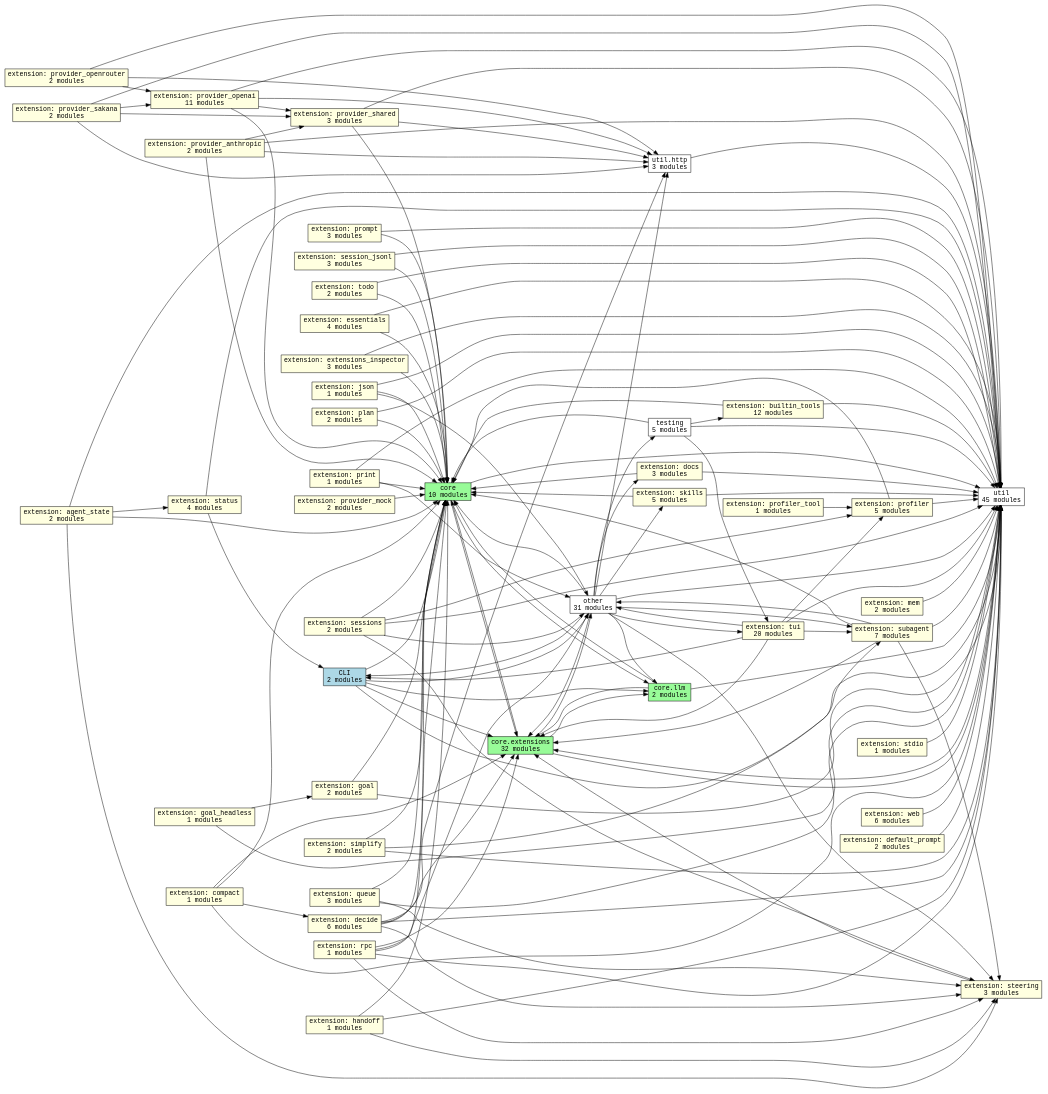
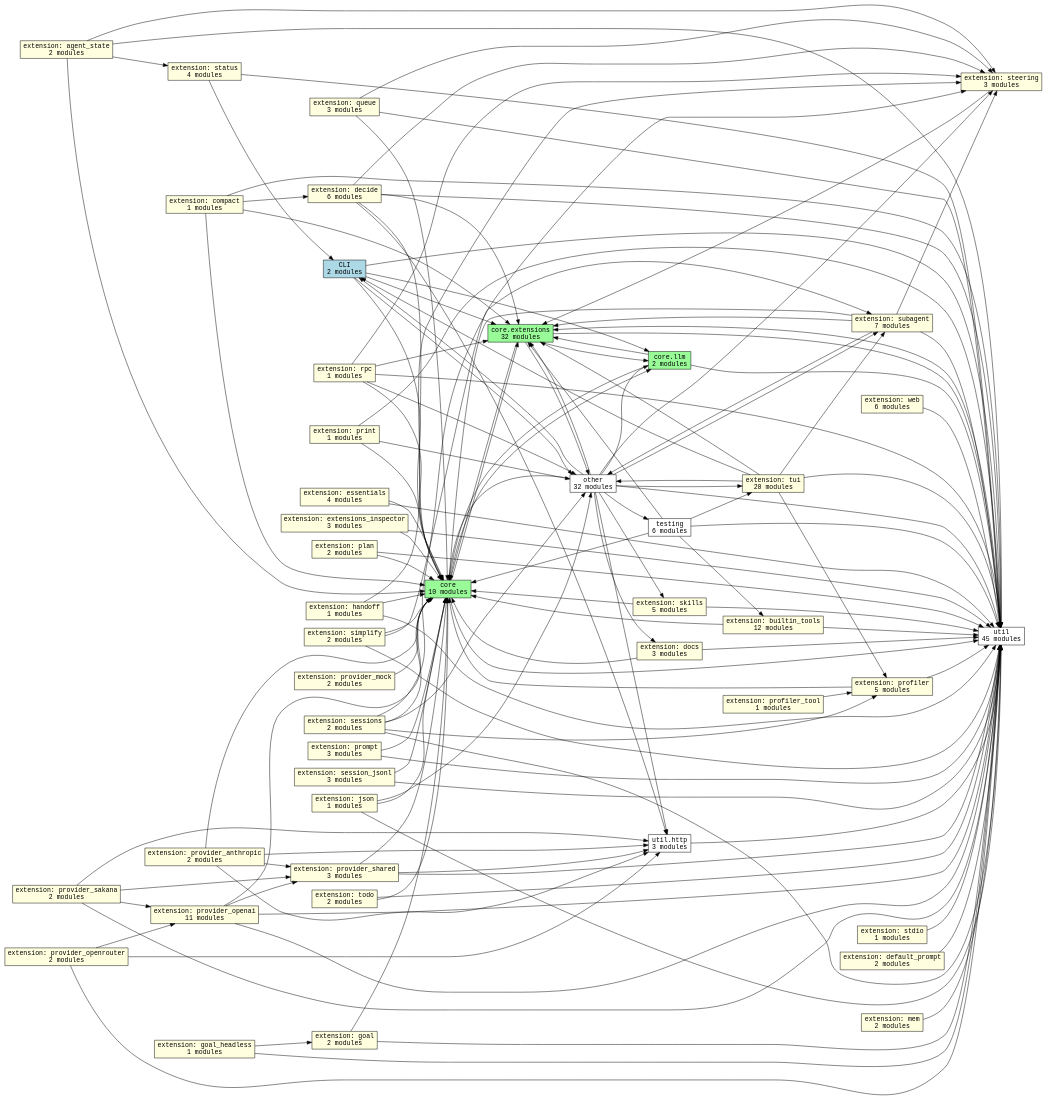
One commit to acmiyaguchi/fen changed the diagram in docs/graphs/subsystems.dot. Above: the diagram before and after it, drawn with Graphviz. The commit also changed 9 other files, not shown here.

```diff
--- a/docs/graphs/subsystems.dot
+++ b/docs/graphs/subsystems.dot
@@ -1,183 +1,184 @@
 digraph fen_subsystems {
   graph [rankdir=LR];
   node [shape=box, fontname="monospace"];
   edge [fontname="monospace"];
   "cli" [fillcolor="lightblue", label="CLI\n2 modules", style="filled"];
   "core" [fillcolor="palegreen", label="core\n10 modules", style="filled"];
   "core.extensions" [fillcolor="palegreen", label="core.extensions\n32 modules", style="filled"];
   "core.llm" [fillcolor="palegreen", label="core.llm\n2 modules", style="filled"];
   "extension.agent_state" [fillcolor="lightyellow", label="extension: agent_state\n2 modules", style="filled"];
   "extension.builtin_tools" [fillcolor="lightyellow", label="extension: builtin_tools\n12 modules", style="filled"];
   "extension.compact" [fillcolor="lightyellow", label="extension: compact\n1 modules", style="filled"];
   "extension.decide" [fillcolor="lightyellow", label="extension: decide\n6 modules", style="filled"];
   "extension.default_prompt" [fillcolor="lightyellow", label="extension: default_prompt\n2 modules", style="filled"];
   "extension.docs" [fillcolor="lightyellow", label="extension: docs\n3 modules", style="filled"];
   "extension.essentials" [fillcolor="lightyellow", label="extension: essentials\n4 modules", style="filled"];
   "extension.extensions_inspector" [fillcolor="lightyellow", label="extension: extensions_inspector\n3 modules", style="filled"];
   "extension.goal" [fillcolor="lightyellow", label="extension: goal\n2 modules", style="filled"];
   "extension.goal_headless" [fillcolor="lightyellow", label="extension: goal_headless\n1 modules", style="filled"];
   "extension.handoff" [fillcolor="lightyellow", label="extension: handoff\n1 modules", style="filled"];
   "extension.json" [fillcolor="lightyellow", label="extension: json\n1 modules", style="filled"];
   "extension.mem" [fillcolor="lightyellow", label="extension: mem\n2 modules", style="filled"];
   "extension.plan" [fillcolor="lightyellow", label="extension: plan\n2 modules", style="filled"];
   "extension.print" [fillcolor="lightyellow", label="extension: print\n1 modules", style="filled"];
   "extension.profiler" [fillcolor="lightyellow", label="extension: profiler\n5 modules", style="filled"];
   "extension.profiler_tool" [fillcolor="lightyellow", label="extension: profiler_tool\n1 modules", style="filled"];
   "extension.prompt" [fillcolor="lightyellow", label="extension: prompt\n3 modules", style="filled"];
   "extension.provider_anthropic" [fillcolor="lightyellow", label="extension: provider_anthropic\n2 modules", style="filled"];
   "extension.provider_mock" [fillcolor="lightyellow", label="extension: provider_mock\n2 modules", style="filled"];
   "extension.provider_openai" [fillcolor="lightyellow", label="extension: provider_openai\n11 modules", style="filled"];
   "extension.provider_openrouter" [fillcolor="lightyellow", label="extension: provider_openrouter\n2 modules", style="filled"];
   "extension.provider_sakana" [fillcolor="lightyellow", label="extension: provider_sakana\n2 modules", style="filled"];
   "extension.provider_shared" [fillcolor="lightyellow", label="extension: provider_shared\n3 modules", style="filled"];
   "extension.queue" [fillcolor="lightyellow", label="extension: queue\n3 modules", style="filled"];
   "extension.rpc" [fillcolor="lightyellow", label="extension: rpc\n1 modules", style="filled"];
   "extension.session_jsonl" [fillcolor="lightyellow", label="extension: session_jsonl\n3 modules", style="filled"];
   "extension.sessions" [fillcolor="lightyellow", label="extension: sessions\n2 modules", style="filled"];
   "extension.simplify" [fillcolor="lightyellow", label="extension: simplify\n2 modules", style="filled"];
   "extension.skills" [fillcolor="lightyellow", label="extension: skills\n5 modules", style="filled"];
   "extension.status" [fillcolor="lightyellow", label="extension: status\n4 modules", style="filled"];
   "extension.stdio" [fillcolor="lightyellow", label="extension: stdio\n1 modules", style="filled"];
   "extension.steering" [fillcolor="lightyellow", label="extension: steering\n3 modules", style="filled"];
   "extension.subagent" [fillcolor="lightyellow", label="extension: subagent\n7 modules", style="filled"];
   "extension.todo" [fillcolor="lightyellow", label="extension: todo\n2 modules", style="filled"];
   "extension.tui" [fillcolor="lightyellow", label="extension: tui\n20 modules", style="filled"];
   "extension.web" [fillcolor="lightyellow", label="extension: web\n6 modules", style="filled"];
-  "other" [fillcolor="white", label="other\n31 modules", style="filled"];
-  "testing" [fillcolor="white", label="testing\n5 modules", style="filled"];
+  "other" [fillcolor="white", label="other\n32 modules", style="filled"];
+  "testing" [fillcolor="white", label="testing\n6 modules", style="filled"];
   "util" [fillcolor="white", label="util\n45 modules", style="filled"];
   "util.http" [fillcolor="white", label="util.http\n3 modules", style="filled"];
   "cli" -> "core";
   "cli" -> "core.extensions";
   "cli" -> "core.llm";
   "cli" -> "other";
   "cli" -> "util";
   "core" -> "core.extensions";
   "core" -> "core.llm";
   "core" -> "util";
   "core.extensions" -> "core";
   "core.extensions" -> "core.llm";
   "core.extensions" -> "other";
   "core.extensions" -> "util";
   "core.llm" -> "core";
   "core.llm" -> "core.extensions";
   "core.llm" -> "util";
   "extension.agent_state" -> "core";
   "extension.agent_state" -> "extension.status";
   "extension.agent_state" -> "extension.steering";
   "extension.agent_state" -> "util";
   "extension.builtin_tools" -> "core";
   "extension.builtin_tools" -> "util";
   "extension.compact" -> "core";
   "extension.compact" -> "core.extensions";
   "extension.compact" -> "extension.decide";
   "extension.compact" -> "util";
   "extension.decide" -> "core";
   "extension.decide" -> "core.extensions";
   "extension.decide" -> "extension.steering";
   "extension.decide" -> "util";
   "extension.decide" -> "util.http";
   "extension.default_prompt" -> "util";
   "extension.docs" -> "core";
   "extension.docs" -> "util";
   "extension.essentials" -> "core";
   "extension.essentials" -> "util";
   "extension.extensions_inspector" -> "core";
   "extension.extensions_inspector" -> "util";
   "extension.goal" -> "core";
   "extension.goal" -> "util";
   "extension.goal_headless" -> "extension.goal";
   "extension.goal_headless" -> "util";
   "extension.handoff" -> "core";
   "extension.handoff" -> "extension.steering";
   "extension.handoff" -> "util";
   "extension.json" -> "core";
   "extension.json" -> "other";
   "extension.json" -> "util";
   "extension.mem" -> "util";
   "extension.plan" -> "core";
   "extension.plan" -> "util";
   "extension.print" -> "core";
   "extension.print" -> "other";
   "extension.print" -> "util";
   "extension.profiler" -> "core";
   "extension.profiler" -> "util";
   "extension.profiler_tool" -> "extension.profiler";
   "extension.prompt" -> "core";
   "extension.prompt" -> "util";
   "extension.provider_anthropic" -> "core";
   "extension.provider_anthropic" -> "extension.provider_shared";
   "extension.provider_anthropic" -> "util";
   "extension.provider_anthropic" -> "util.http";
   "extension.provider_mock" -> "core";
   "extension.provider_openai" -> "core";
   "extension.provider_openai" -> "extension.provider_shared";
   "extension.provider_openai" -> "util";
   "extension.provider_openai" -> "util.http";
   "extension.provider_openrouter" -> "extension.provider_openai";
   "extension.provider_openrouter" -> "util";
   "extension.provider_openrouter" -> "util.http";
   "extension.provider_sakana" -> "extension.provider_openai";
   "extension.provider_sakana" -> "extension.provider_shared";
   "extension.provider_sakana" -> "util";
   "extension.provider_sakana" -> "util.http";
   "extension.provider_shared" -> "core";
   "extension.provider_shared" -> "util";
   "extension.provider_shared" -> "util.http";
   "extension.queue" -> "core";
   "extension.queue" -> "extension.steering";
   "extension.queue" -> "util";
   "extension.rpc" -> "core";
   "extension.rpc" -> "core.extensions";
   "extension.rpc" -> "extension.steering";
   "extension.rpc" -> "other";
   "extension.rpc" -> "util";
   "extension.session_jsonl" -> "core";
   "extension.session_jsonl" -> "util";
   "extension.sessions" -> "core";
   "extension.sessions" -> "extension.profiler";
   "extension.sessions" -> "extension.steering";
   "extension.sessions" -> "other";
   "extension.sessions" -> "util";
   "extension.simplify" -> "core";
   "extension.simplify" -> "extension.subagent";
   "extension.simplify" -> "util";
   "extension.skills" -> "core";
   "extension.skills" -> "util";
   "extension.status" -> "cli";
   "extension.status" -> "util";
   "extension.stdio" -> "util";
   "extension.steering" -> "core.extensions";
   "extension.subagent" -> "core";
   "extension.subagent" -> "core.extensions";
   "extension.subagent" -> "extension.steering";
   "extension.subagent" -> "other";
   "extension.subagent" -> "util";
   "extension.todo" -> "core";
   "extension.todo" -> "util";
   "extension.tui" -> "cli";
   "extension.tui" -> "core.extensions";
   "extension.tui" -> "extension.profiler";
   "extension.tui" -> "extension.subagent";
   "extension.tui" -> "other";
   "extension.tui" -> "util";
   "extension.web" -> "util";
   "other" -> "cli";
   "other" -> "core";
   "other" -> "core.extensions";
   "other" -> "core.llm";
   "other" -> "extension.docs";
   "other" -> "extension.skills";
   "other" -> "extension.steering";
   "other" -> "extension.subagent";
   "other" -> "extension.tui";
   "other" -> "testing";
   "other" -> "util";
   "other" -> "util.http";
   "testing" -> "core";
+  "testing" -> "core.extensions";
   "testing" -> "extension.builtin_tools";
   "testing" -> "extension.tui";
   "testing" -> "util";
   "util" -> "core.extensions";
   "util.http" -> "util";
 }
```
